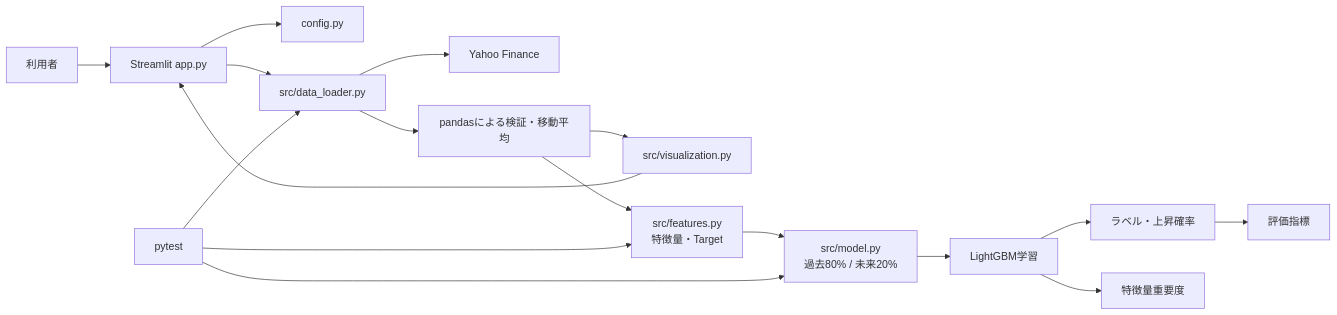
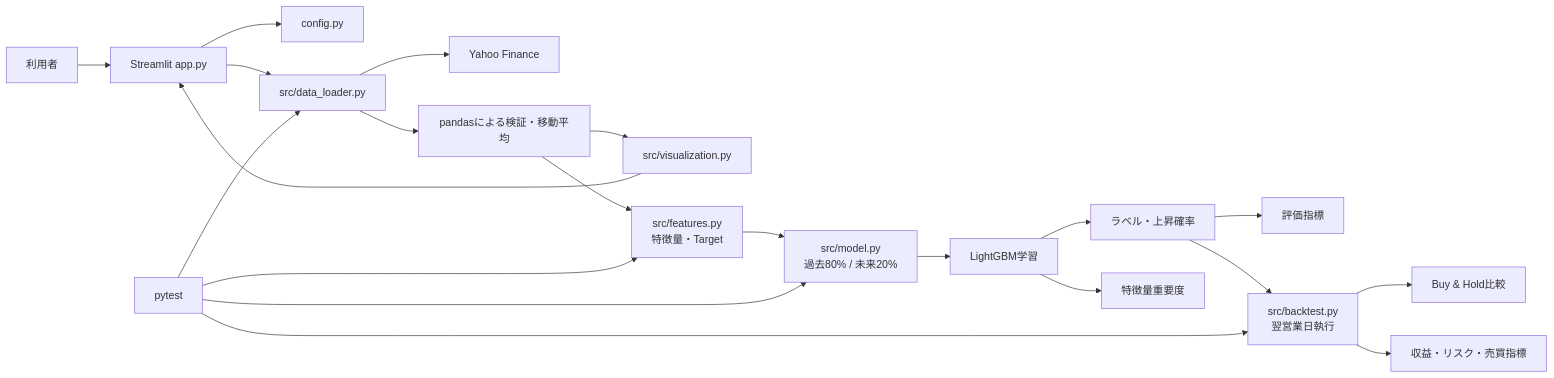
One commit to kosei16725/stock-analysis-dashboard changed the diagram in docs/system_design.md. Above: the diagram before and after it, drawn with Mermaid. The commit also changed other lines of this file and 4 other files, not shown here.

````diff
--- a/docs/system_design.md
+++ b/docs/system_design.md
@@ -28,19 +28,23 @@
 ```mermaid
 flowchart LR
     U[利用者] --> A[Streamlit app.py]
     A --> C[config.py]
     A --> D[src/data_loader.py]
     D --> Y[Yahoo Finance]
     D --> P[pandasによる検証・移動平均]
     P --> V[src/visualization.py]
     V --> A
     P --> F[src/features.py<br/>特徴量・Target]
     F --> S[src/model.py<br/>過去80% / 未来20%]
     S --> M[LightGBM学習]
     M --> R[ラベル・上昇確率]
     R --> E[評価指標]
+    R --> B[src/backtest.py<br/>翌営業日執行]
+    B --> BM[Buy & Hold比較]
+    B --> BR[収益・リスク・売買指標]
     M --> I[特徴量重要度]
     T[pytest] --> D
     T --> F
     T --> S
+    T --> B
 ```
````
